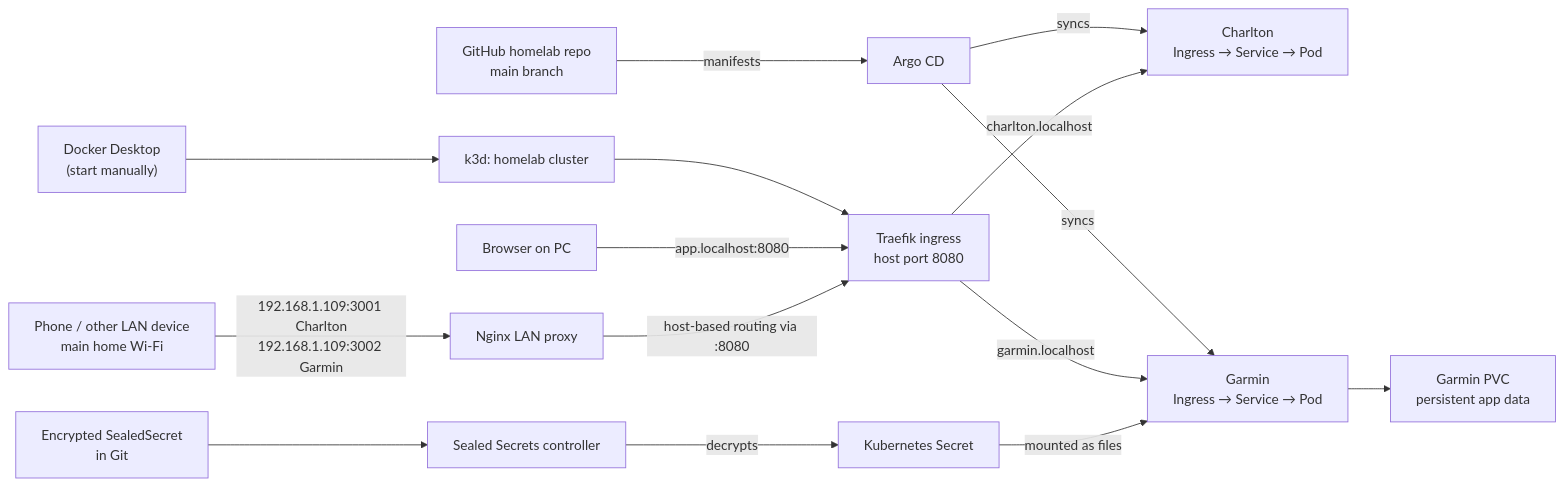
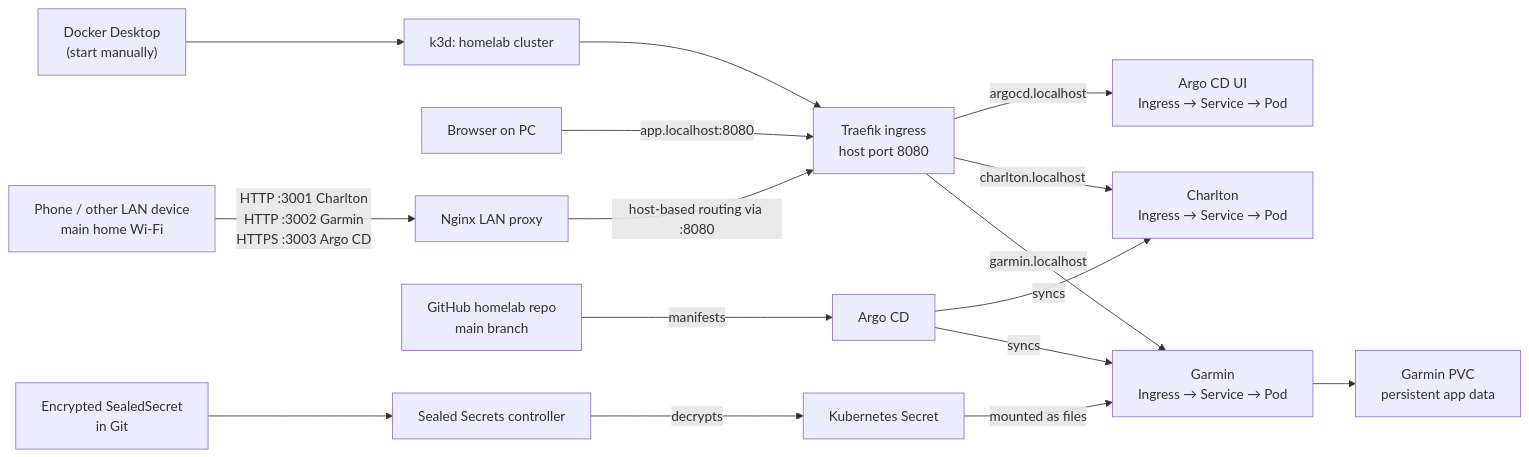
The diagram in README.md (MATTHEWTAYLOR1995/homelab), drawn with Mermaid before and after one commit. The commit also changed other lines of this file and 4 other files, not shown here.

````diff
--- a/README.md
+++ b/README.md
@@ -7,19 +7,20 @@
 ```mermaid
 flowchart LR
   docker["Docker Desktop<br/>(start manually)"] --> k3d["k3d: homelab cluster"]
   k3d --> traefik["Traefik ingress<br/>host port 8080"]
   browser["Browser on PC"] -->|app.localhost:8080| traefik
-  phone["Phone / other LAN device<br/>main home Wi-Fi"] -->|192.168.1.109:3001 Charlton<br/>192.168.1.109:3002 Garmin| proxy["Nginx LAN proxy"]
+  phone["Phone / other LAN device<br/>main home Wi-Fi"] -->|HTTP :3001 Charlton<br/>HTTP :3002 Garmin<br/>HTTPS :3003 Argo CD| proxy["Nginx LAN proxy"]
   proxy -->|host-based routing via :8080| traefik
+  traefik -->|argocd.localhost| argocdUI["Argo CD UI<br/>Ingress → Service → Pod"]
 
   github["GitHub homelab repo<br/>main branch"] -->|manifests| argocd["Argo CD"]
   argocd -->|syncs| charlton["Charlton<br/>Ingress → Service → Pod"]
   argocd -->|syncs| garmin["Garmin<br/>Ingress → Service → Pod"]
   traefik -->|charlton.localhost| charlton
   traefik -->|garmin.localhost| garmin
 
   sealed["Encrypted SealedSecret<br/>in Git"] --> controller["Sealed Secrets controller"]
   controller -->|decrypts| secret["Kubernetes Secret"]
   secret -->|mounted as files| garmin
   garmin --> pvc["Garmin PVC<br/>persistent app data"]
 ```
````
